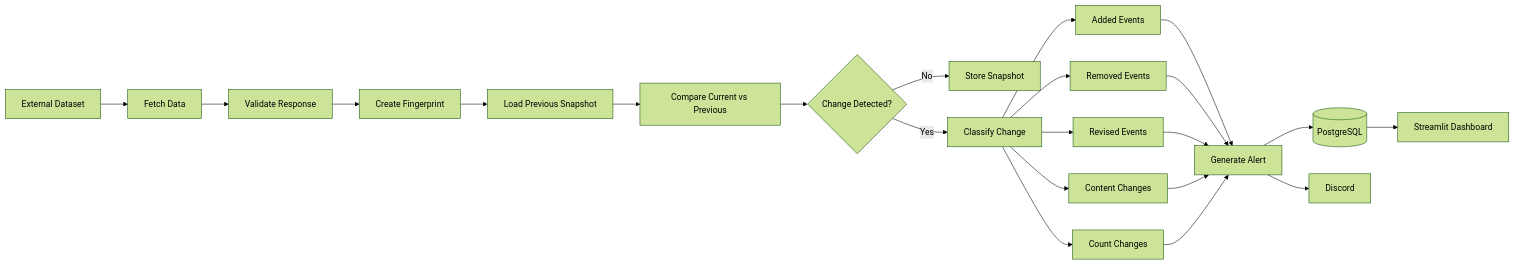
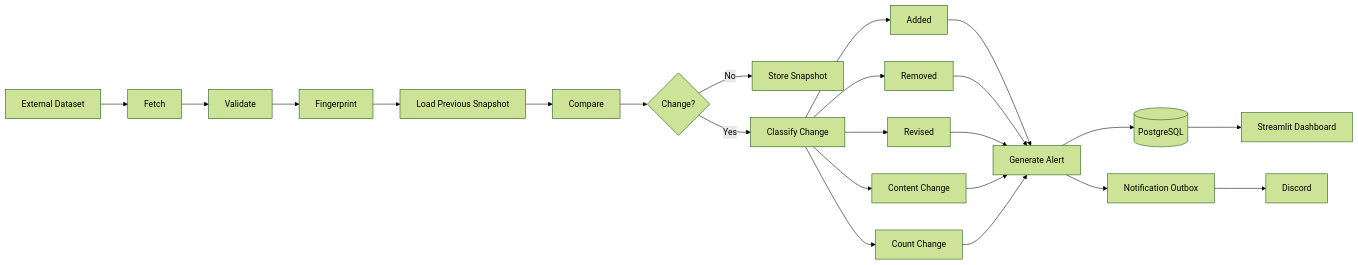
The second of 6 diagrams in README.md (bhatinator/open-data-change-detector), drawn with Mermaid (forest theme) before and after one commit. The commit also changed other lines of this file, not shown here.

````diff
--- a/README.md
+++ b/README.md
@@ -207,36 +200,30 @@
 ```mermaid
 flowchart LR
-
-    A[External Dataset] --> B[Fetch Data]
-
-    B --> C[Validate Response]
-
-    C --> D[Create Fingerprint]
-
+    A[External Dataset] --> B[Fetch]
+    B --> C[Validate]
+    C --> D[Fingerprint]
     D --> E[Load Previous Snapshot]
-
-    E --> F[Compare Current vs Previous]
-
-    F --> G{Change Detected?}
+    E --> F[Compare]
+    F --> G{Change?}
 
     G -->|No| H[Store Snapshot]
-
     G -->|Yes| I[Classify Change]
 
-    I --> J[Added Events]
-    I --> K[Removed Events]
-    I --> L[Revised Events]
-    I --> M[Content Changes]
-    I --> N[Count Changes]
+    I --> J[Added]
+    I --> K[Removed]
+    I --> L[Revised]
+    I --> M[Content Change]
+    I --> N[Count Change]
 
     J --> O[Generate Alert]
     K --> O
     L --> O
     M --> O
     N --> O
 
     O --> P[(PostgreSQL)]
-    O --> Q[Discord]
+    O --> Q[Notification Outbox]
+    Q --> R[Discord]
 
-    P --> R[Streamlit Dashboard]
+    P --> S[Streamlit Dashboard]
 ```
````
